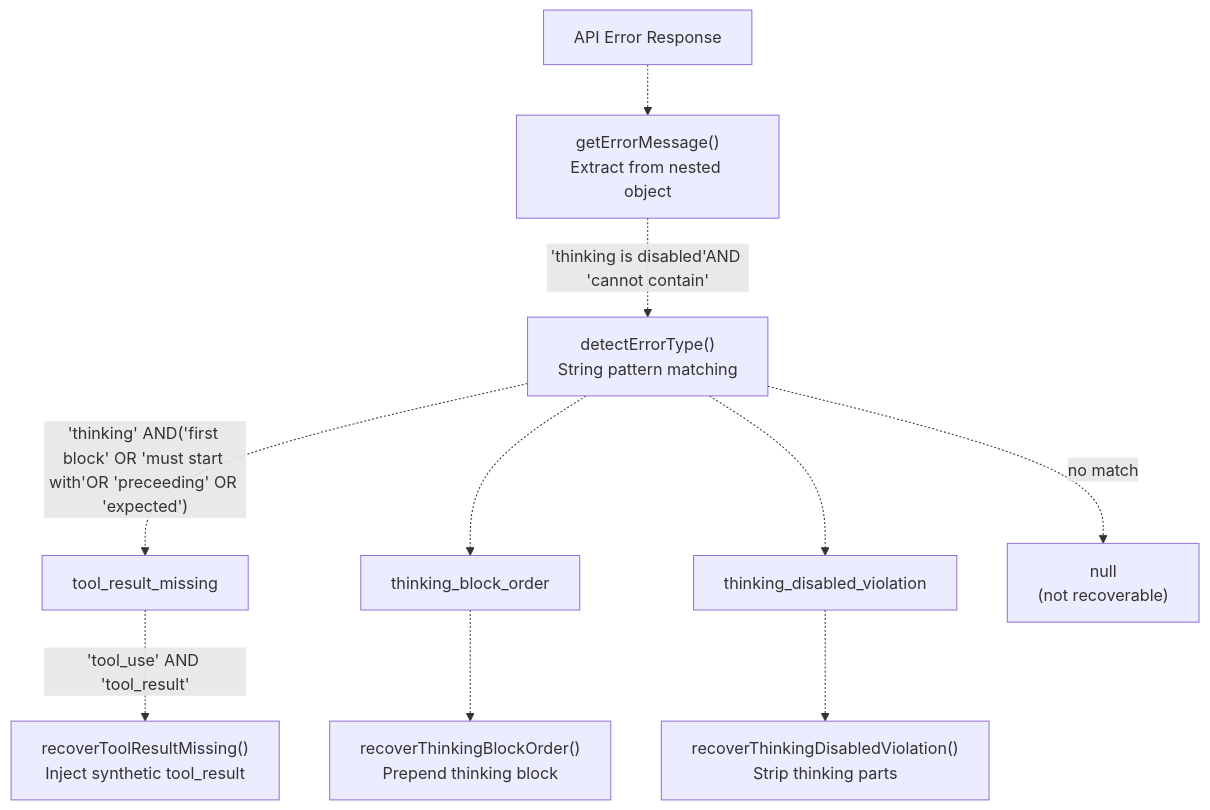
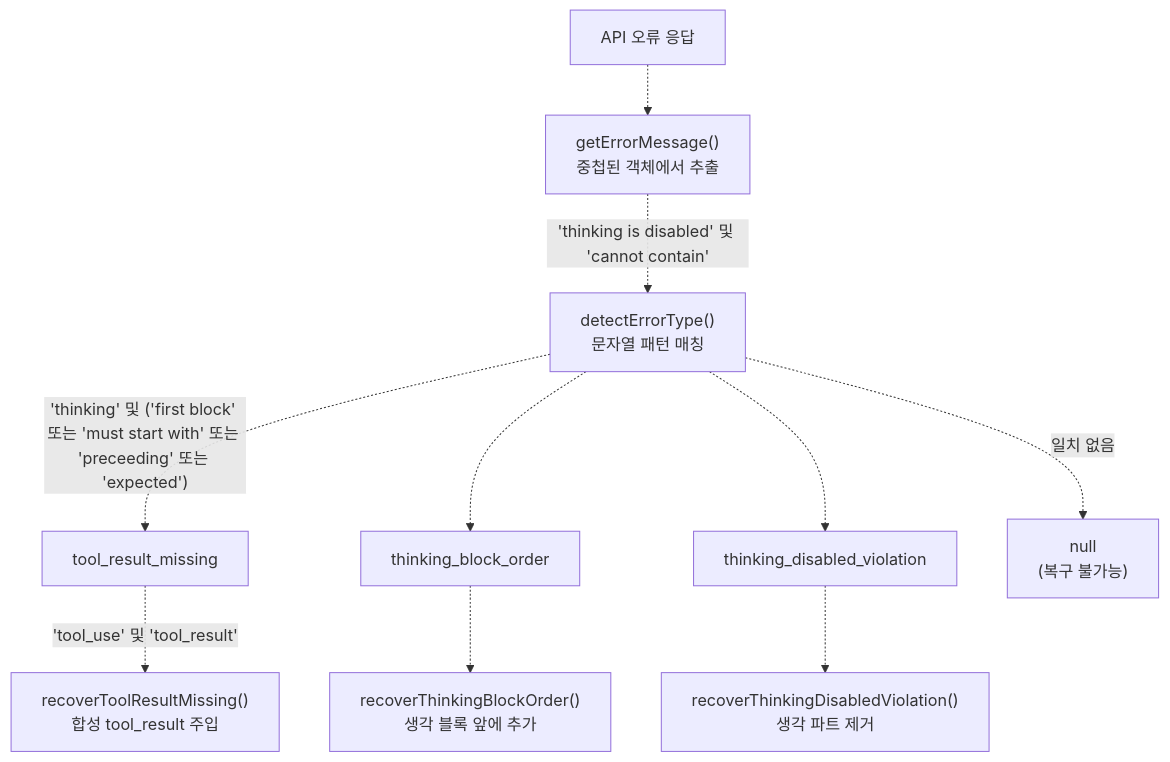
The eighth of 8 diagrams in docs/reliability/session-recovery.md (felipetruman/oh-my-opencode-docs), drawn with Mermaid before and after one commit. The commit also changed other lines of this file and 76 other files, not shown here.

````diff
--- a/docs/reliability/session-recovery.md
+++ b/docs/reliability/session-recovery.md
@@ -530,24 +516,24 @@
 ```mermaid
 flowchart TD
 
-Start["API Error Response"]
-Extract["getErrorMessage()<br>Extract from nested object"]
-Match["detectErrorType()<br>String pattern matching"]
+Start["API 오류 응답"]
+Extract["getErrorMessage()<br>중첩된 객체에서 추출"]
+Match["detectErrorType()<br>문자열 패턴 매칭"]
 ToolResult["tool_result_missing"]
 ThinkOrder["thinking_block_order"]
 ThinkDisabled["thinking_disabled_violation"]
-Null["null<br>(not recoverable)"]
-RecoverTool["recoverToolResultMissing()<br>Inject synthetic tool_result"]
-RecoverThink["recoverThinkingBlockOrder()<br>Prepend thinking block"]
-RecoverStrip["recoverThinkingDisabledViolation()<br>Strip thinking parts"]
+Null["null<br>(복구 불가능)"]
+RecoverTool["recoverToolResultMissing()<br>합성 tool_result 주입"]
+RecoverThink["recoverThinkingBlockOrder()<br>생각 블록 앞에 추가"]
+RecoverStrip["recoverThinkingDisabledViolation()<br>생각 파트 제거"]
 
 Start -.-> Extract
-Extract -.->|"'thinking is disabled'AND 'cannot contain'"| Match
-Match -.->|"'thinking' AND('first block' OR 'must start with'OR 'preceeding' OR 'expected')"| ToolResult
+Extract -.->|"'thinking is disabled' 및 'cannot contain'"| Match
+Match -.->|"'thinking' 및 ('first block' 또는 'must start with' 또는 'preceeding' 또는 'expected')"| ToolResult
 Match -.-> ThinkOrder
 Match -.-> ThinkDisabled
-Match -.->|"no match"| Null
-ToolResult -.->|"'tool_use' AND 'tool_result'"| RecoverTool
+Match -.->|"일치 없음"| Null
+ToolResult -.->|"'tool_use' 및 'tool_result'"| RecoverTool
 ThinkOrder -.-> RecoverThink
 ThinkDisabled -.-> RecoverStrip
 ```
````
